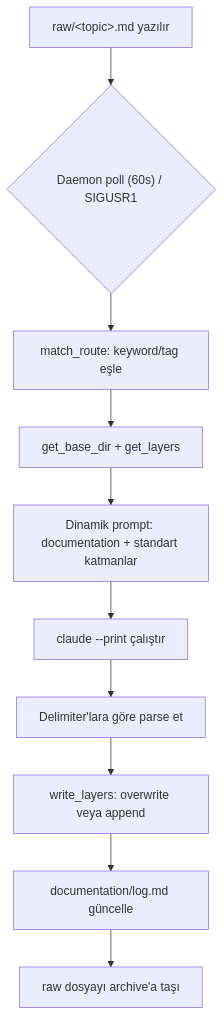
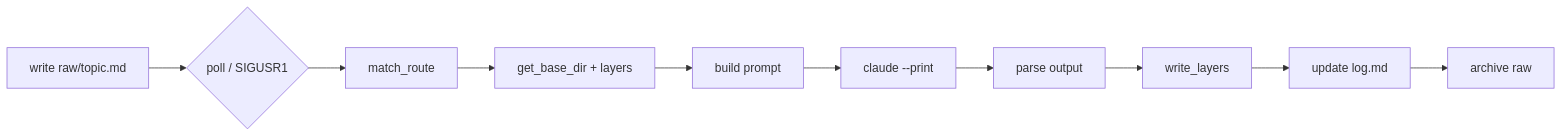
Before and after one commit to darkstarinitiative-oss/DSI-Wiki-public: the diagram in README.md, drawn with Mermaid. The commit also changed other lines of this file, not shown here.

Commit message:
README: translate to English, simplify lifecycle diagram to left-to-right

````diff
--- a/README.md
+++ b/README.md
@@ -43,12 +44,12 @@
 ```mermaid
-flowchart TD
-    A["raw/&lt;topic&gt;.md yazılır"] --> B{"Daemon poll (60s) / SIGUSR1"}
-    B --> C["match_route: keyword/tag eşle"]
-    C --> D["get_base_dir + get_layers"]
-    D --> E["Dinamik prompt: documentation + standart katmanlar"]
-    E --> F["claude --print çalıştır"]
-    F --> G["Delimiter'lara göre parse et"]
-    G --> H["write_layers: overwrite veya append"]
-    H --> I["documentation/log.md güncelle"]
-    I --> J["raw dosyayı archive'a taşı"]
+flowchart LR
+    A["write raw/topic.md"] --> B{"poll / SIGUSR1"}
+    B --> C["match_route"]
+    C --> D["get_base_dir + layers"]
+    D --> E["build prompt"]
+    E --> F["claude --print"]
+    F --> G["parse output"]
+    G --> H["write_layers"]
+    H --> I["update log.md"]
+    I --> J["archive raw"]
 ```
````
